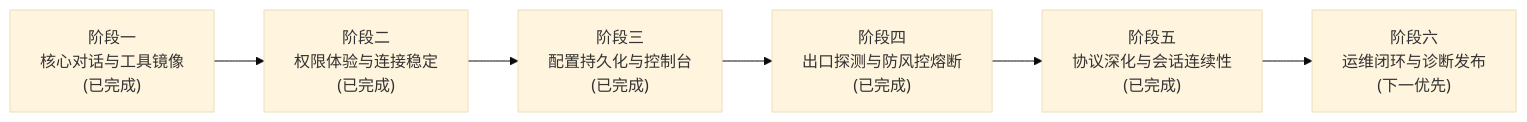
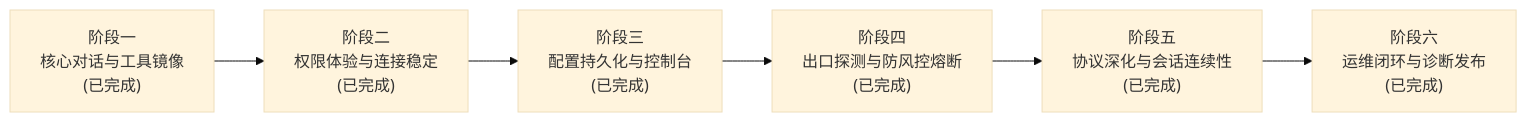
Before and after one commit to MorseWayne/dsh-agy-acp: the diagram in docs/roadmap.md, drawn with Mermaid (base theme). The commit also changed other lines of this file, not shown here.

Commit message:
docs(roadmap): mark phase 6 completed

````diff
--- a/docs/roadmap.md
+++ b/docs/roadmap.md
@@ -21,11 +21,11 @@
 ```mermaid
 flowchart LR
   P1["阶段一\n核心对话与工具镜像\n(已完成)"]
   P2["阶段二\n权限体验与连接稳定\n(已完成)"]
   P3["阶段三\n配置持久化与控制台\n(已完成)"]
   P4["阶段四\n出口探测与防风控熔断\n(已完成)"]
   P5["阶段五\n协议深化与会话连续性\n(已完成)"]
-  P6["阶段六\n运维闭环与诊断发布\n(下一优先)"]
+  P6["阶段六\n运维闭环与诊断发布\n(已完成)"]
 
   P1 --> P2 --> P3 --> P4 --> P5 --> P6
 ```
````
